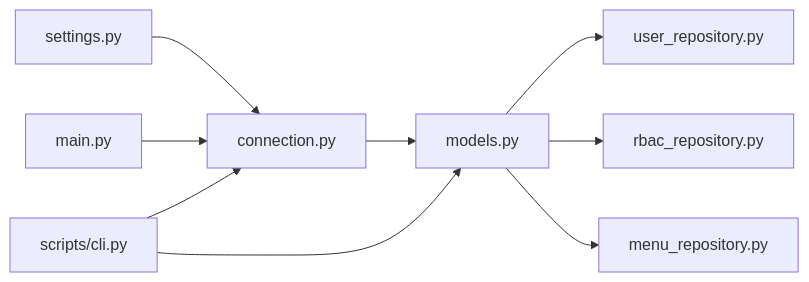
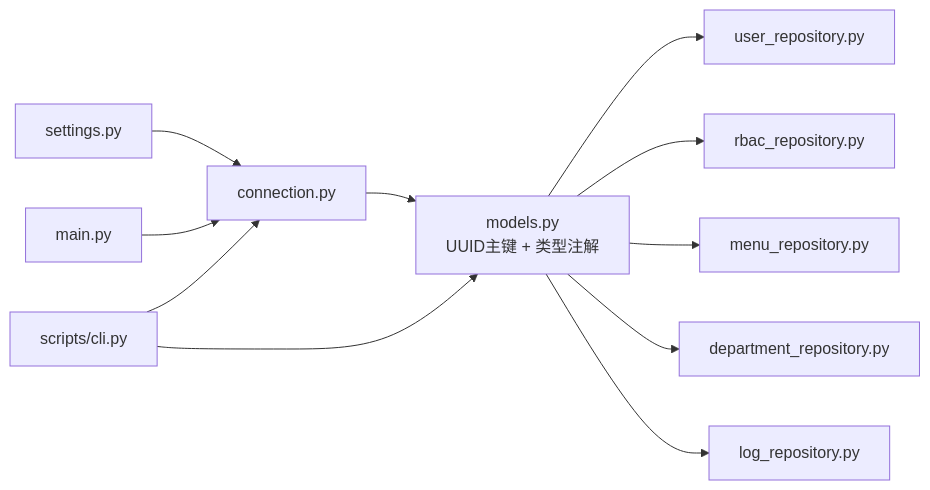
One commit to taoweidong/Hello-FastApi changed the seventh of 7 diagrams in .qoder/repowiki/zh/content/数据库设计/数据库设计.md. Above: the diagram before and after it, drawn with Mermaid. The commit also changed other lines of this file and 71 other files, not shown here.

````diff
--- a/.qoder/repowiki/zh/content/数据库设计/数据库设计.md
+++ b/.qoder/repowiki/zh/content/数据库设计/数据库设计.md
@@ -311,11 +402,13 @@
 ```mermaid
 graph LR
 Settings["settings.py"] --> Conn["connection.py"]
-Conn --> Models["models.py"]
+Conn --> Models["models.py<br/>UUID主键 + 类型注解"]
 Models --> UserRepo["user_repository.py"]
 Models --> RBACRepo["rbac_repository.py"]
 Models --> MenuRepo["menu_repository.py"]
+Models --> DepRepo["department_repository.py"]
+Models --> LogRepo["log_repository.py"]
 Main["main.py"] --> Conn
 CLI["scripts/cli.py"] --> Conn
 CLI --> Models
 ```
````
